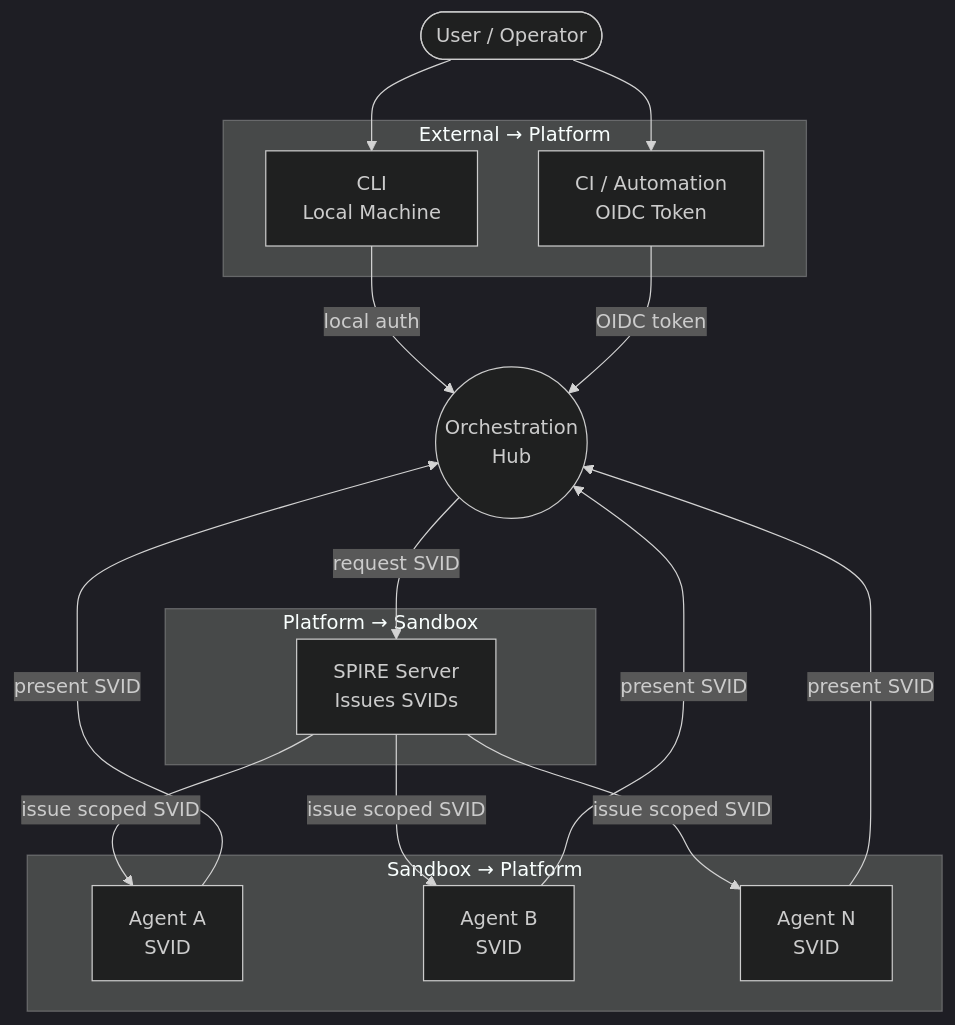
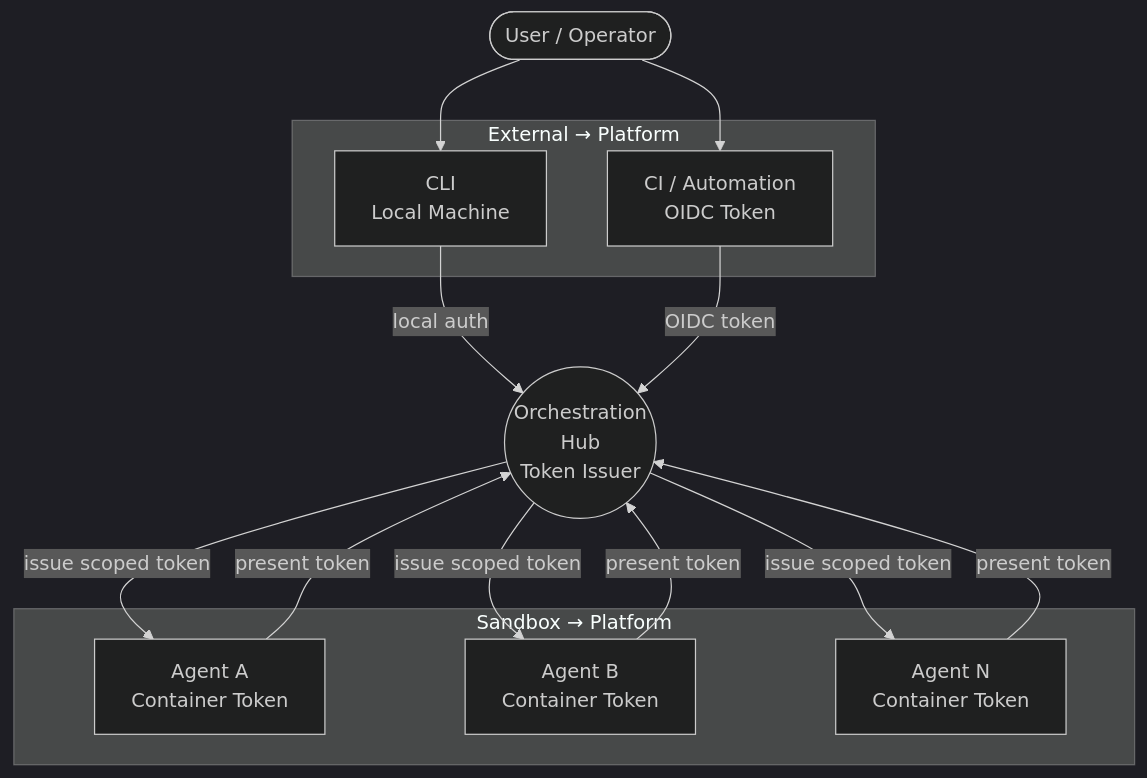
One commit to neverprepared/ink-bunny changed the first of 6 diagrams in docs/persona_agentic/PHASE_2/arch-identity-and-trust.md. Above: the diagram before and after it, drawn with Mermaid (dark theme). The commit also changed other lines of this file and 17 other files, not shown here.

First line of the commit message:
docs: move agent identity (container tokens) from Phase 1 to Phase 2, push SPIRE to Phase 3

````diff
--- a/docs/persona_agentic/PHASE_2/arch-identity-and-trust.md
+++ b/docs/persona_agentic/PHASE_2/arch-identity-and-trust.md
@@ -13,28 +13,23 @@
 ```mermaid
 graph TD
     User([User / Operator])
 
     subgraph External["External → Platform"]
         CLI[CLI<br/>Local Machine]
         CI[CI / Automation<br/>OIDC Token]
     end
 
-    Orch((Orchestration<br/>Hub))
-
-    subgraph Platform["Platform → Sandbox"]
-        SPIRE[SPIRE Server<br/>Issues SVIDs]
-    end
+    Orch((Orchestration<br/>Hub<br/>Token Issuer))
 
     subgraph Sandbox["Sandbox → Platform"]
-        AgentA[Agent A<br/>SVID]
-        AgentB[Agent B<br/>SVID]
-        AgentN[Agent N<br/>SVID]
+        AgentA[Agent A<br/>Container Token]
+        AgentB[Agent B<br/>Container Token]
+        AgentN[Agent N<br/>Container Token]
     end
 
     User --> CLI & CI
     CLI -->|"local auth"| Orch
     CI -->|"OIDC token"| Orch
-    Orch -->|"request SVID"| SPIRE
-    SPIRE -->|"issue scoped SVID"| AgentA & AgentB & AgentN
-    AgentA & AgentB & AgentN -->|"present SVID"| Orch
+    Orch -->|"issue scoped token"| AgentA & AgentB & AgentN
+    AgentA & AgentB & AgentN -->|"present token"| Orch
 ```
````
